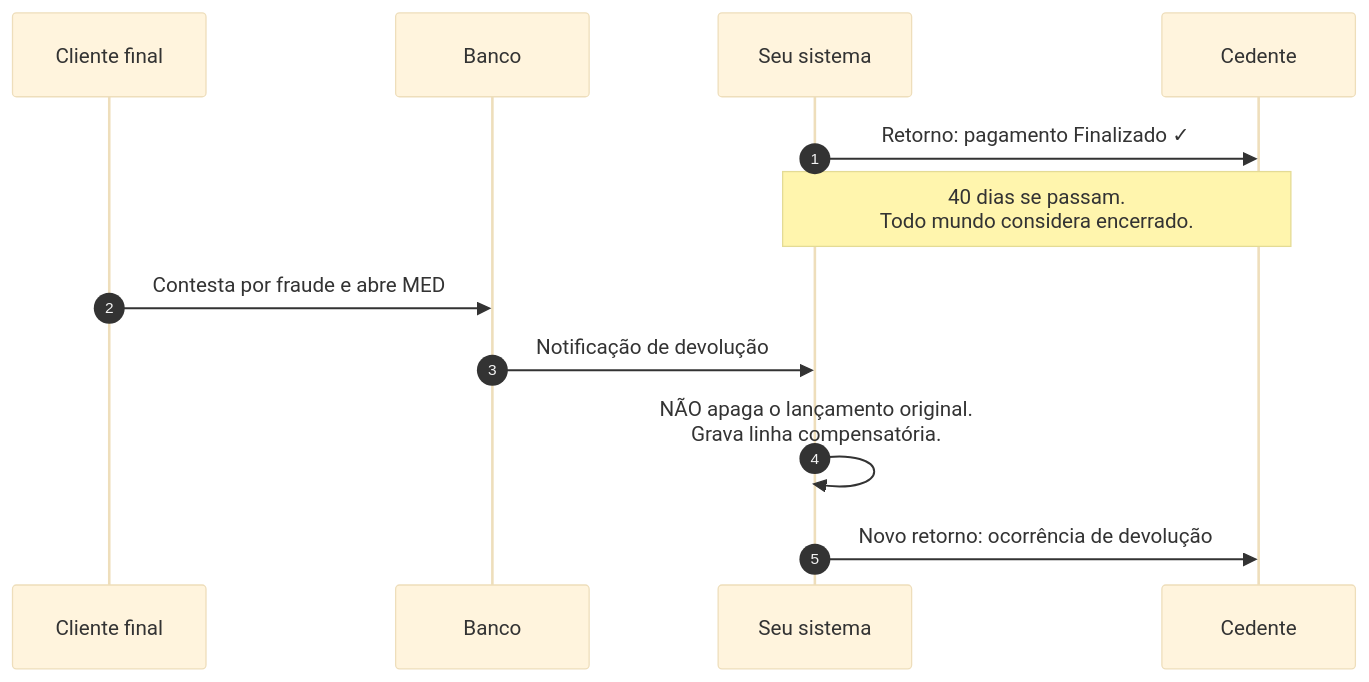
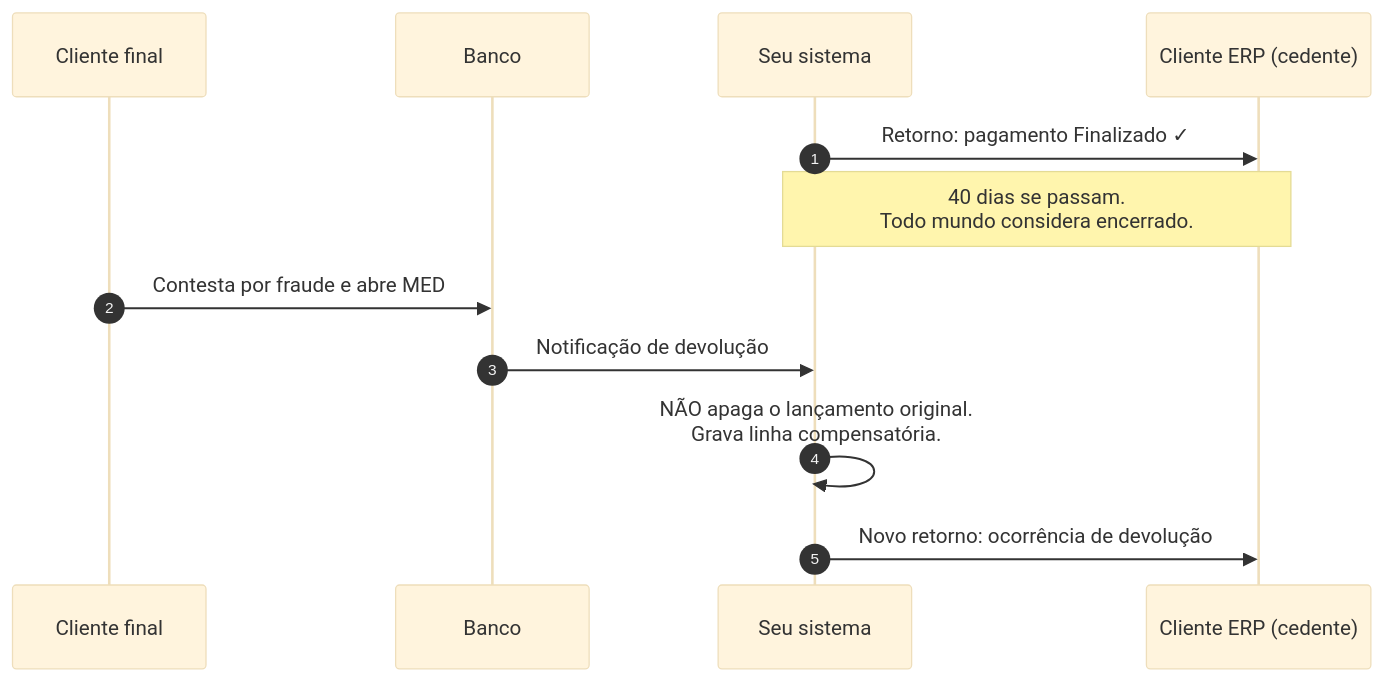
Diagram 14 of 16 in conciliacao-guia-completo.md (danielbfr3/sobre_aws), drawn with Mermaid (base theme) before and after one commit. The commit also changed other lines of this file, not shown here.

````diff
--- a/conciliacao-guia-completo.md
+++ b/conciliacao-guia-completo.md
@@ -1961,16 +3557,16 @@
 ```mermaid
 sequenceDiagram
     autonumber
     participant CL as Cliente final
     participant B as Banco
     participant S as Seu sistema
-    participant C as Cedente
+    participant C as Cliente ERP (cedente)
 
     S->>C: Retorno: pagamento Finalizado ✓
     Note over S,C: 40 dias se passam.<br/>Todo mundo considera encerrado.
 
     CL->>B: Contesta por fraude e abre MED
     B->>S: Notificação de devolução
     S->>S: NÃO apaga o lançamento original.<br/>Grava linha compensatória.
     S->>C: Novo retorno: ocorrência de devolução
 ```
````
